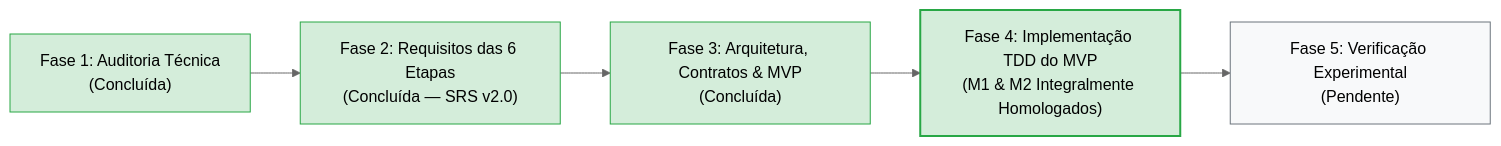
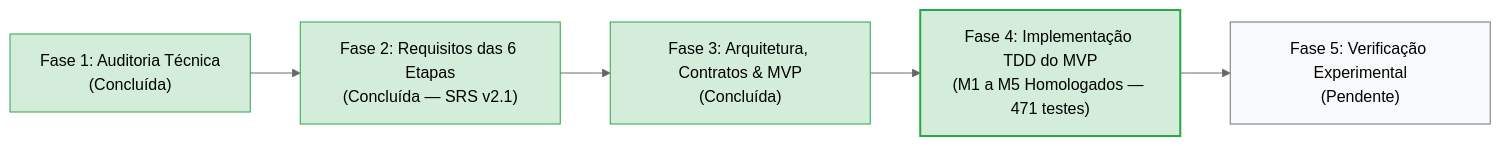
The diagram in engenharia_software/ETAPA_ATUAL_ENGENHARIA.md (aleerangel/experimental-ml-framework), drawn with Mermaid (neutral theme) before and after one commit. The commit also changed other lines of this file and 4 other files, not shown here.

````diff
--- a/engenharia_software/ETAPA_ATUAL_ENGENHARIA.md
+++ b/engenharia_software/ETAPA_ATUAL_ENGENHARIA.md
@@ -18,13 +22,13 @@
 ```mermaid
 flowchart LR
-    Fase1["Fase 1: Auditoria Técnica<br/>(Concluída)"] --> Fase2["Fase 2: Requisitos das 6 Etapas<br/>(Concluída — SRS v2.0)"]
+    Fase1["Fase 1: Auditoria Técnica<br/>(Concluída)"] --> Fase2["Fase 2: Requisitos das 6 Etapas<br/>(Concluída — SRS v2.1)"]
     Fase2 --> Fase3["Fase 3: Arquitetura, Contratos & MVP<br/>(Concluída)"]
-    Fase3 --> Fase4["Fase 4: Implementação TDD do MVP<br/>(M1 & M2 Integralmente Homologados)"]
+    Fase3 --> Fase4["Fase 4: Implementação TDD do MVP<br/>(M1 a M5 Homologados — 471 testes)"]
     Fase4 --> Fase5["Fase 5: Verificação Experimental<br/>(Pendente)"]
     
     style Fase1 fill:#d4edda,stroke:#28a745
     style Fase2 fill:#d4edda,stroke:#28a745
     style Fase3 fill:#d4edda,stroke:#28a745
     style Fase4 fill:#d4edda,stroke:#28a745,stroke-width:2px
     style Fase5 fill:#f8f9fa,stroke:#6c757d
 ```
````
